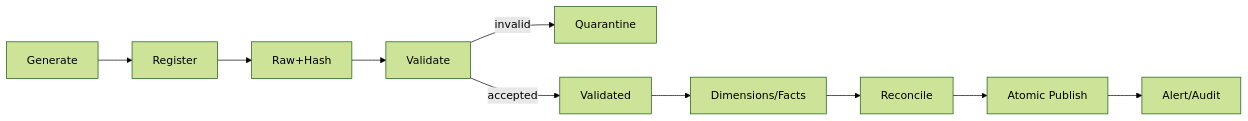
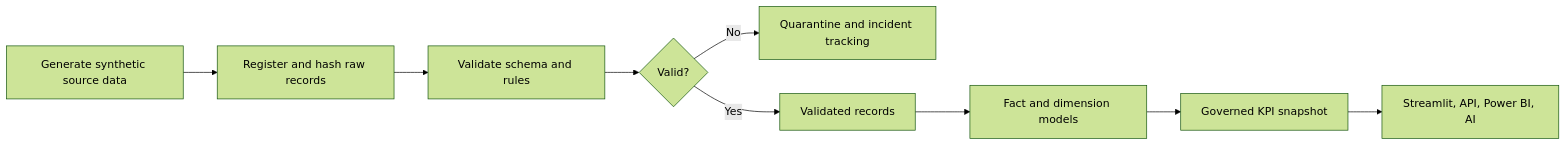
Before and after one commit to mirza019/fieldops-intelligence: the fourth of 5 diagrams in README.md, drawn with Mermaid (forest theme). The commit also changed other lines of this file, not shown here.

Commit message:
Rewrite README to match the actual FieldOps architecture and status

````diff
--- a/README.md
+++ b/README.md
@@ -72,5 +113,11 @@
 ```mermaid
 flowchart LR
- A[Generate]-->B[Register]-->C[Raw+Hash]-->D[Validate]
- D--invalid-->Q[Quarantine];D--accepted-->V[Validated]-->M[Dimensions/Facts]-->K[Reconcile]-->P[Atomic Publish]-->X[Alert/Audit]
+    A[Generate synthetic source data] --> B[Register and hash raw records]
+    B --> C[Validate schema and rules]
+    C --> D{Valid?}
+    D -- No --> Q[Quarantine and incident tracking]
+    D -- Yes --> V[Validated records]
+    V --> M[Fact and dimension models]
+    M --> K[Governed KPI snapshot]
+    K --> R[Streamlit, API, Power BI, AI]
 ```
````
